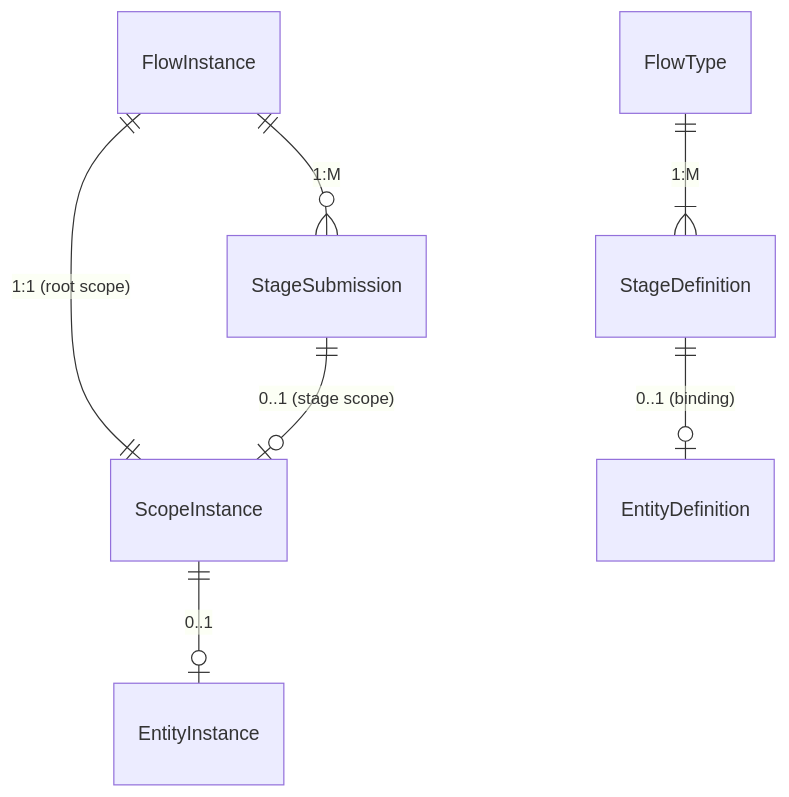
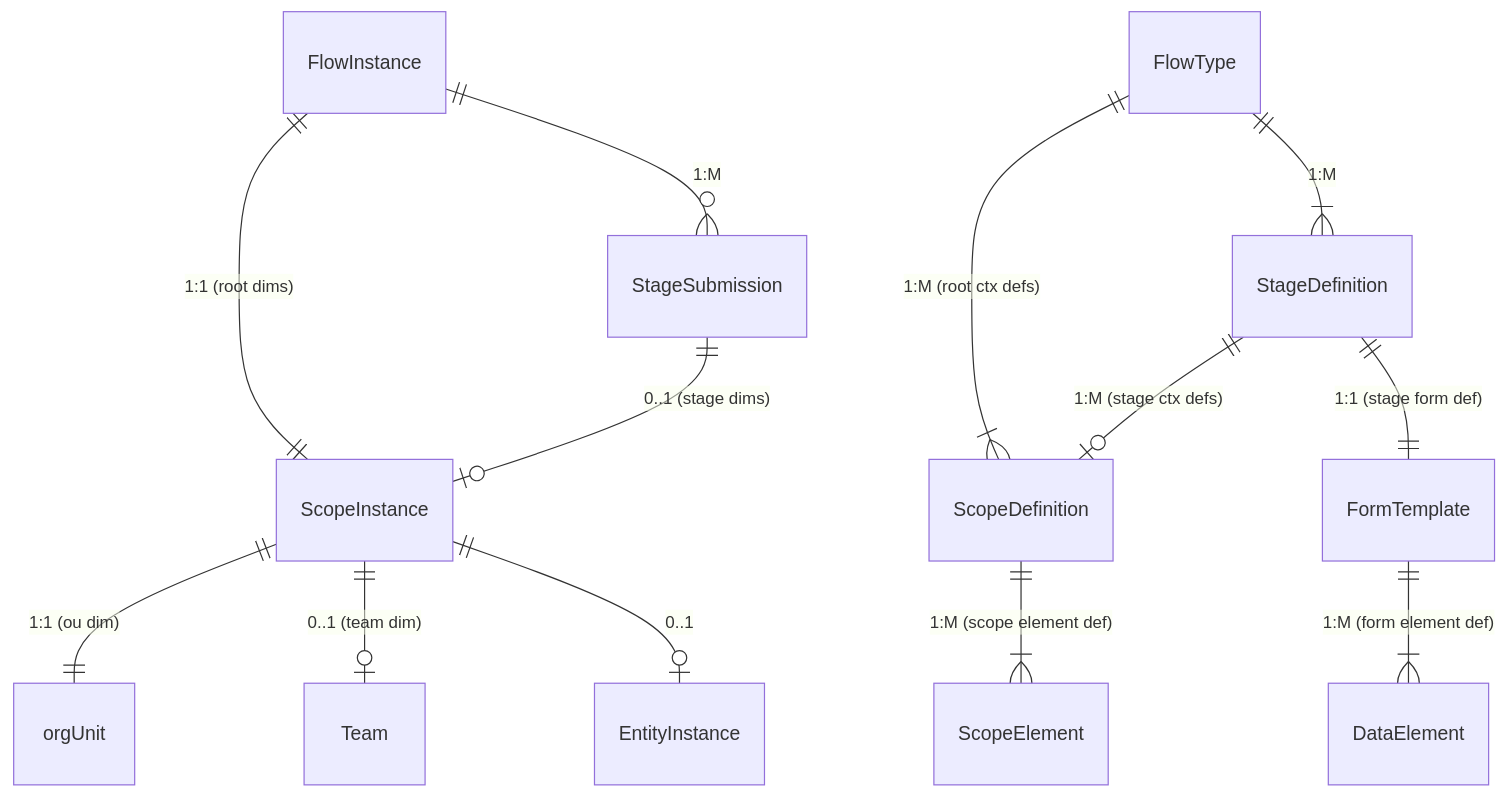
Diagram 13 of 14 in documentation/final-idea-model-summary.md (DataRun-ye/data-run-api), drawn with Mermaid before and after one commit. The commit also changed other lines of this file and 361 other files, not shown here.

````diff
--- a/documentation/final-idea-model-summary.md
+++ b/documentation/final-idea-model-summary.md
@@ -643,9 +843,15 @@
 ```mermaid
 erDiagram
     FlowInstance ||--o{ StageSubmission: "1:M"
-    FlowInstance ||--|| ScopeInstance: "1:1 (root scope)"
-    StageSubmission ||--o| ScopeInstance: "0..1 (stage scope)"
+    FlowInstance ||--|| ScopeInstance: "1:1 (root dims)"
+    StageSubmission ||--o| ScopeInstance: "0..1 (stage dims)"
+    ScopeInstance ||--|| orgUnit: "1:1 (ou dim)"
+    ScopeInstance ||--o| Team: "0..1 (team dim)"
     ScopeInstance ||--o| EntityInstance: "0..1"
     FlowType ||--|{ StageDefinition: "1:M"
-    StageDefinition ||--o| EntityDefinition: "0..1 (binding)"
+    FlowType ||--|{ ScopeDefinition: "1:M (root ctx defs)"
+    StageDefinition ||--o| ScopeDefinition: "1:M (stage ctx defs)"
+    ScopeDefinition ||--|{ ScopeElement: "1:M (scope element def)"
+    StageDefinition ||--|| FormTemplate: "1:1 (stage form def)"
+    FormTemplate ||--|{ DataElement: "1:M (form element def)"
 ```
````
